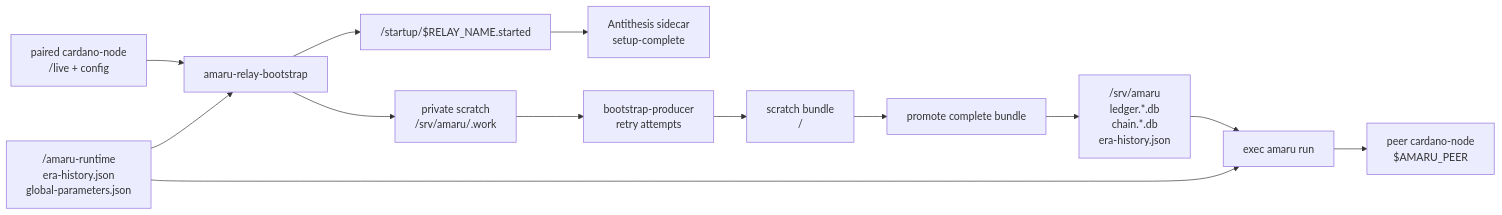
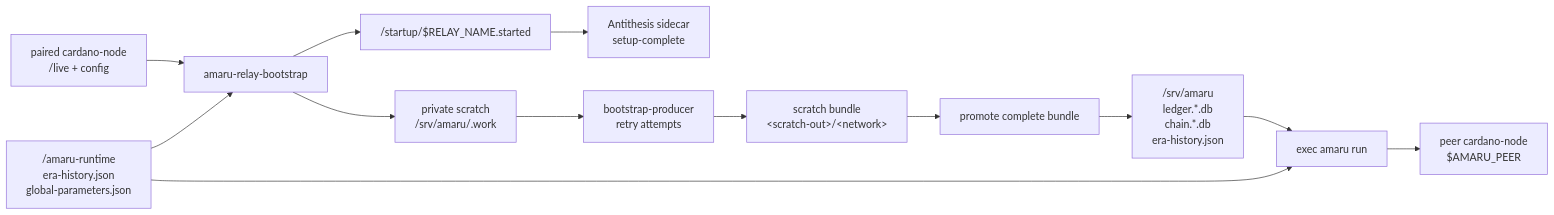
One commit to lambdasistemi/amaru-bootstrap changed the first of 8 diagrams in docs/architecture.md. Above: the diagram before and after it, drawn with Mermaid.

Commit message:
docs: escape placeholder brackets in relay diagram label

````diff
--- a/docs/architecture.md
+++ b/docs/architecture.md
@@ -17,16 +17,16 @@
 ```mermaid
 flowchart LR
     node["paired cardano-node\n/live + config"] --> relay["amaru-relay-bootstrap"]
     runtime["/amaru-runtime\nera-history.json\nglobal-parameters.json"] --> relay
     relay --> marker["/startup/$RELAY_NAME.started"]
     marker --> sidecar["Antithesis sidecar\nsetup-complete"]
 
     relay --> scratch["private scratch\n/srv/amaru/.work"]
     scratch --> producer["bootstrap-producer\nretry attempts"]
-    producer --> produced["scratch bundle\n<scratch-out>/<network>"]
+    producer --> produced["scratch bundle\n&lt;scratch-out&gt;/&lt;network&gt;"]
     produced --> promote["promote complete bundle"]
     promote --> stores["/srv/amaru\nledger.*.db\nchain.*.db\nera-history.json"]
     stores --> amaru["exec amaru run"]
     runtime --> amaru
     amaru --> peer["peer cardano-node\n$AMARU_PEER"]
 ```
````
